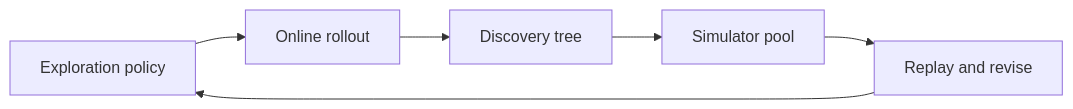
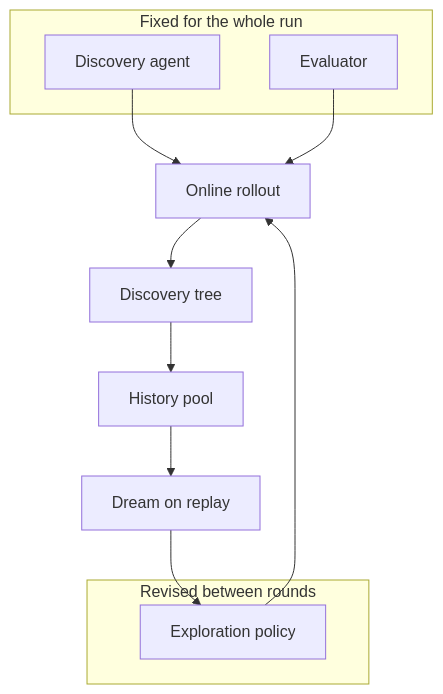
One commit to Sebastianrodaaa/Seb-DREAM-RSI changed the first of 5 diagrams in README.md. Above: the diagram before and after it, drawn with Mermaid. The commit also changed other lines of this file and 2 other files, not shown here.

````diff
--- a/README.md
+++ b/README.md
@@ -25,8 +48,17 @@
 ```mermaid
-flowchart LR
-  policy[Exploration policy] --> online[Online rollout]
+flowchart TB
+  subgraph fixed [Fixed for the whole run]
+    agent[Discovery agent]
+    evaluator[Evaluator]
+  end
+  subgraph revised [Revised between rounds]
+    policy[Exploration policy]
+  end
+  policy --> online[Online rollout]
+  agent --> online
+  evaluator --> online
   online --> tree[Discovery tree]
-  tree --> pool[Simulator pool]
-  pool --> dream[Replay and revise]
+  tree --> pool[History pool]
+  pool --> dream[Dream on replay]
   dream --> policy
 ```
````
